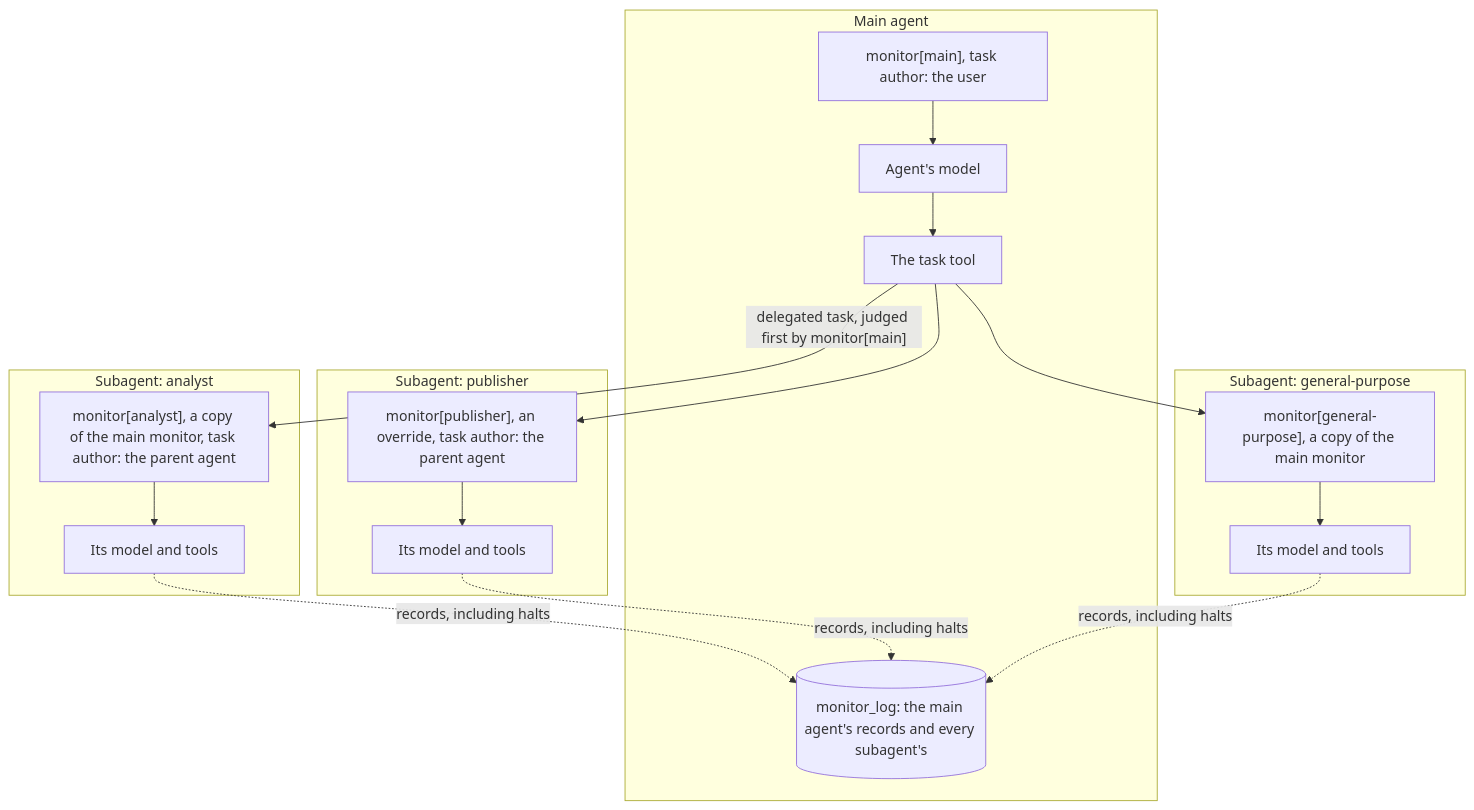
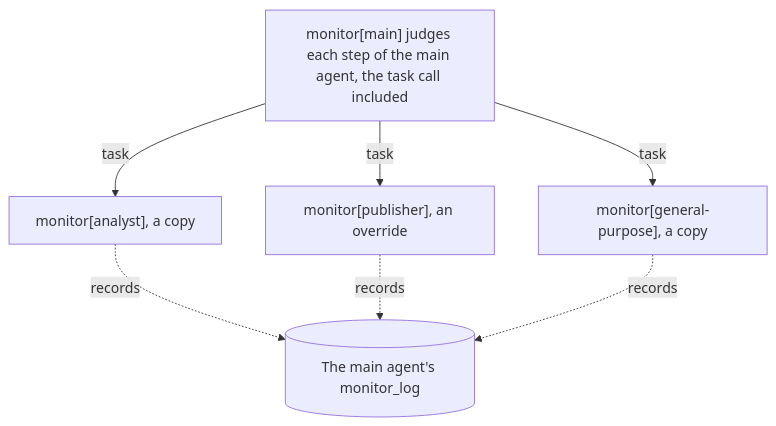
Before and after one commit to omamori-lab/langchain-sync-monitors: the first of 2 diagrams in docs/how-to/monitor-deep-agents-subagents.md, drawn with Mermaid. The commit also changed other lines of this file, not shown here.

````diff
--- a/docs/how-to/monitor-deep-agents-subagents.md
+++ b/docs/how-to/monitor-deep-agents-subagents.md
@@ -23,23 +27,10 @@
 ```mermaid
 flowchart TD
-    subgraph parent ["Main agent"]
-        mainMonitor["monitor[main], task author: the user"] --> mainModel["Agent's model"]
-        mainModel --> taskTool["The task tool"]
-        parentLog[("monitor_log: the main agent's records and every subagent's")]
-    end
-    subgraph analystBox ["Subagent: analyst"]
-        analystMonitor["monitor[analyst], a copy of the main monitor, task author: the parent agent"] --> analystModel["Its model and tools"]
-    end
-    subgraph publisherBox ["Subagent: publisher"]
-        publisherMonitor["monitor[publisher], an override, task author: the parent agent"] --> publisherModel["Its model and tools"]
-    end
-    subgraph generalBox ["Subagent: general-purpose"]
-        generalMonitor["monitor[general-purpose], a copy of the main monitor"] --> generalModel["Its model and tools"]
-    end
-    taskTool -- "delegated task, judged first by monitor[main]" --> analystMonitor
-    taskTool --> publisherMonitor
-    taskTool --> generalMonitor
-    analystModel -. "records, including halts" .-> parentLog
-    publisherModel -. "records, including halts" .-> parentLog
-    generalModel -. "records, including halts" .-> parentLog
+    main["monitor[main] judges each step of the main agent, the task call included"]
+    main -- "task" --> analyst["monitor[analyst], a copy"]
+    main -- "task" --> publisher["monitor[publisher], an override"]
+    main -- "task" --> general["monitor[general-purpose], a copy"]
+    analyst -. "records" .-> log[("The main agent's monitor_log")]
+    publisher -. "records" .-> log
+    general -. "records" .-> log
 ```
````
